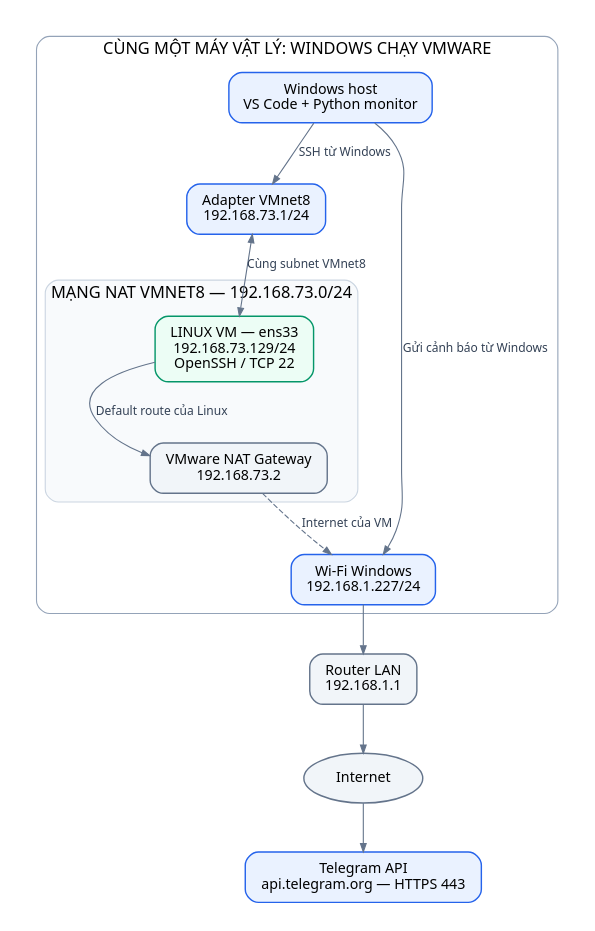
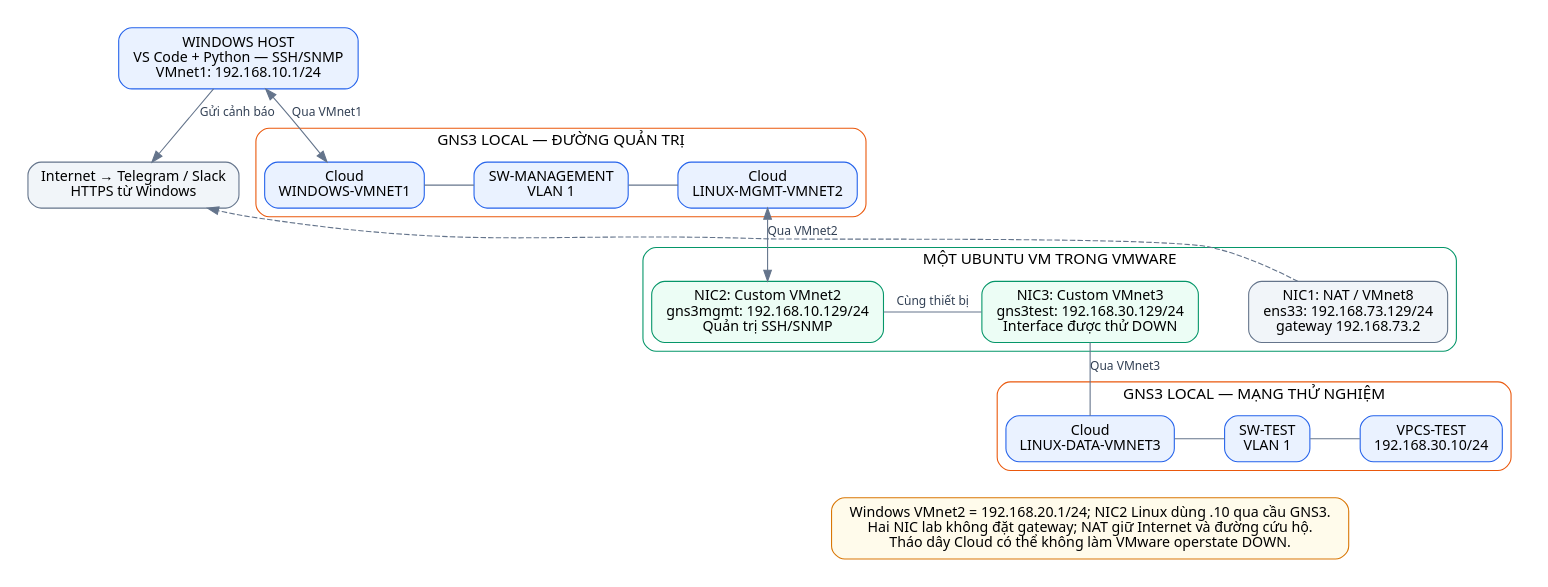
One commit to tunato2807-del/qtmnc changed the diagram in docs/diagrams/source/02-trien-khai-vmware.dot. Above: the diagram before and after it, drawn with Graphviz. The commit also changed 68 other files, not shown here.

Commit message:
Rebuild monitoring project for GNS3 SSH SNMP lab with detailed Windows guide

```diff
--- a/docs/diagrams/source/02-trien-khai-vmware.dot
+++ b/docs/diagrams/source/02-trien-khai-vmware.dot
@@ -1,25 +1,39 @@
 digraph G {
- graph [rankdir=TB, bgcolor="white", pad="0.25", nodesep=".45", ranksep=".6", fontname="Noto Sans", fontsize=16, compound=true];
- node [shape=box,style="rounded,filled",fillcolor="#eaf2ff",color="#2563eb",fontname="Noto Sans",fontsize=13,margin=".18,.12",penwidth=1.3];
- edge [fontname="Noto Sans",fontsize=11,color="#64748b",fontcolor="#334155",arrowsize=.75];
- subgraph cluster_pc {
-  label="CÙNG MỘT MÁY VẬT LÝ: WINDOWS CHẠY VMWARE"; style="rounded"; color="#94a3b8"; fontname="Noto Sans"; fontsize=15;
-  monitor [label="Windows host\nVS Code + Python monitor"];
-  vmnet8 [label="Adapter VMnet8\n192.168.73.1/24"];
-  wifi [label="Wi-Fi Windows\n192.168.1.227/24"];
-  subgraph cluster_vmnet8 {
-   label="MẠNG NAT VMNET8 — 192.168.73.0/24"; style="rounded,filled"; fillcolor="#f8fafc"; color="#cbd5e1";
-   linux [label="LINUX VM — ens33\n192.168.73.129/24\nOpenSSH / TCP 22",fillcolor="#ecfdf5",color="#059669"];
-   gateway [label="VMware NAT Gateway\n192.168.73.2",fillcolor="#f1f5f9",color="#64748b"];
-  }
-  monitor -> vmnet8 [label="SSH từ Windows"];
-  vmnet8 -> linux [label="Cùng subnet VMnet8",dir=both];
-  linux -> gateway [label="Default route của Linux"];
-  gateway -> wifi [label="Internet của VM",style=dashed];
-  monitor -> wifi [label="Gửi cảnh báo từ Windows"];
+ graph [rankdir=TB,bgcolor="white",pad=".25",nodesep=".32",ranksep=".45",fontname="Noto Sans",compound=true];
+ node [shape=box,style="rounded,filled",fillcolor="#eaf2ff",color="#2563eb",fontname="Noto Sans",fontsize=13,margin=".16,.1"];
+ edge [fontname="Noto Sans",fontsize=11,color="#64748b",fontcolor="#334155"];
+ windows [label="WINDOWS HOST\nVS Code + Python — SSH/SNMP\nVMnet1: 192.168.10.1/24"];
+ internet [label="Internet → Telegram / Slack\nHTTPS từ Windows",fillcolor="#f1f5f9",color="#64748b"];
+ subgraph cluster_gns_management {
+  label="GNS3 LOCAL — ĐƯỜNG QUẢN TRỊ"; style="rounded"; color="#ea580c"; fontname="Noto Sans";
+  c1 [label="Cloud\nWINDOWS-VMNET1"];
+  sw1 [label="SW-MANAGEMENT\nVLAN 1"];
+  c2 [label="Cloud\nLINUX-MGMT-VMNET2"];
+  {rank=same;c1;sw1;c2}
+  c1 -> sw1 -> c2 [dir=none];
  }
- router [label="Router LAN\n192.168.1.1",fillcolor="#f1f5f9",color="#64748b"];
- internet [label="Internet",shape=ellipse,fillcolor="#f1f5f9",color="#64748b"];
- tg [label="Telegram API\napi.telegram.org — HTTPS 443"];
- wifi -> router -> internet -> tg;
+ subgraph cluster_linux {
+  label="MỘT UBUNTU VM TRONG VMWARE"; style=rounded; color="#059669"; fontname="Noto Sans";
+  mgmt [label="NIC2: Custom VMnet2\ngns3mgmt: 192.168.10.129/24\nQuản trị SSH/SNMP",fillcolor="#ecfdf5",color="#059669"];
+  data [label="NIC3: Custom VMnet3\ngns3test: 192.168.30.129/24\nInterface được thử DOWN",fillcolor="#ecfdf5",color="#059669"];
+  nat [label="NIC1: NAT / VMnet8\nens33: 192.168.73.129/24\ngateway 192.168.73.2",fillcolor="#f1f5f9",color="#64748b"];
+  {rank=same;mgmt;data;nat}
+  mgmt -> data [dir=none,label="Cùng thiết bị"];
+  data -> nat [style=invis];
+ }
+ subgraph cluster_gns_test {
+  label="GNS3 LOCAL — MẠNG THỬ NGHIỆM"; style=rounded; color="#ea580c"; fontname="Noto Sans";
+  c3 [label="Cloud\nLINUX-DATA-VMNET3"];
+  sw2 [label="SW-TEST\nVLAN 1"];
+  vpcs [label="VPCS-TEST\n192.168.30.10/24"];
+  {rank=same;c3;sw2;vpcs}
+  c3 -> sw2 -> vpcs [dir=none];
+ }
+ note [label="Windows VMnet2 = 192.168.20.1/24; NIC2 Linux dùng .10 qua cầu GNS3.\nHai NIC lab không đặt gateway; NAT giữ Internet và đường cứu hộ.\nTháo dây Cloud có thể không làm VMware operstate DOWN.",fillcolor="#fffbeb",color="#d97706"];
+ windows -> c1 [label="Qua VMnet1",dir=both];
+ c2 -> mgmt [label="Qua VMnet2",dir=both];
+ data -> c3 [label="Qua VMnet3",dir=none];
+ windows -> internet [label="Gửi cảnh báo"];
+ nat -> internet [style=dashed,constraint=false];
+ c3 -> note [style=invis];
 }
```
